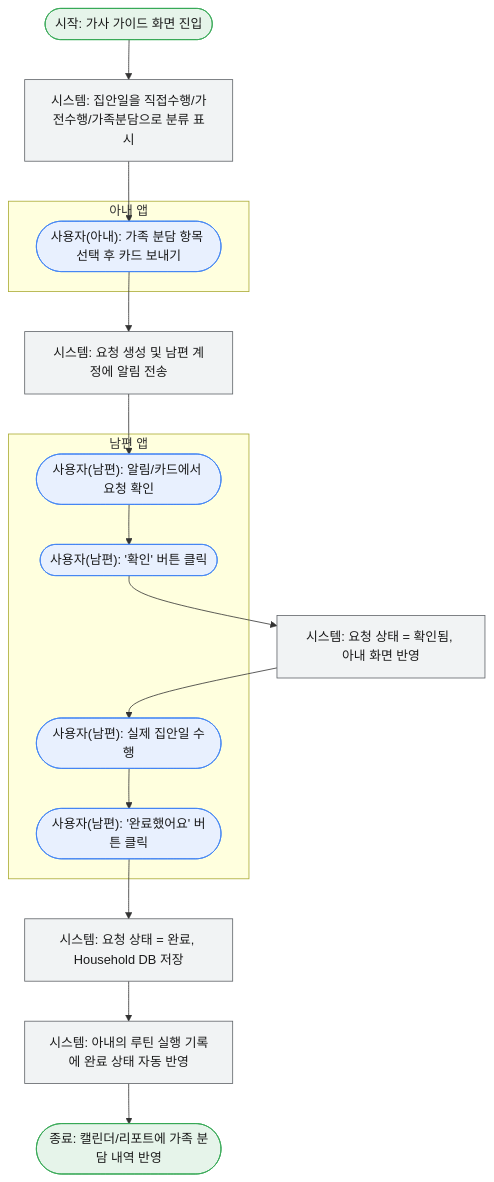
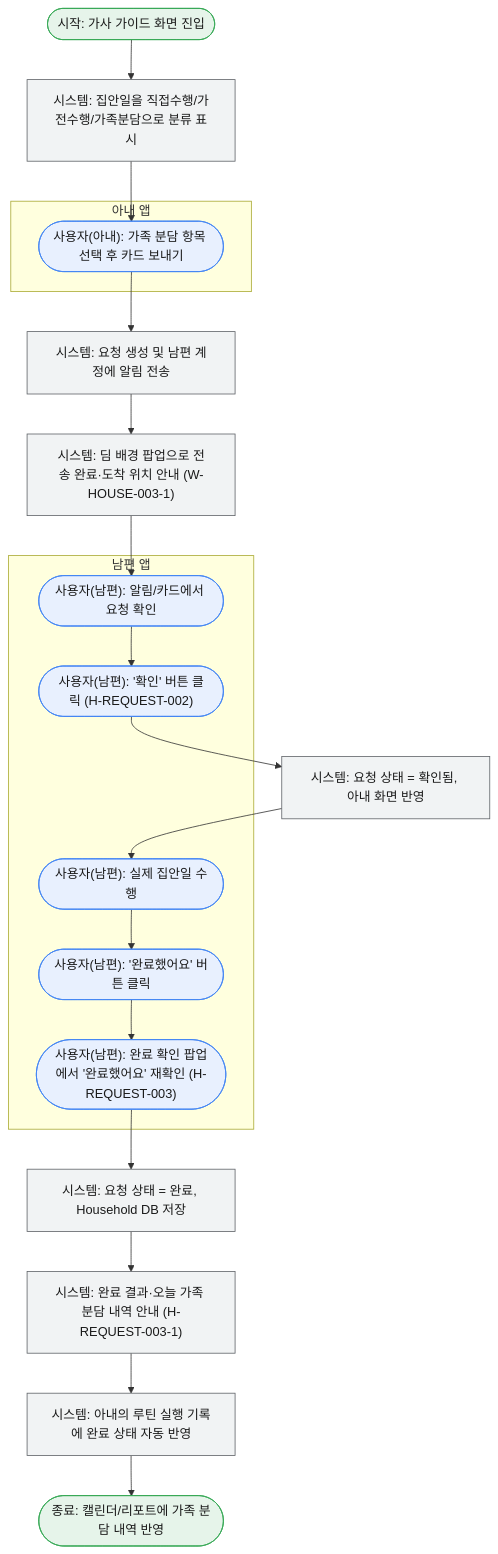
The diagram in docs/서비스흐름도/04_가사분담요청처리.mmd (lgdxDORAEMI/PLM), drawn with Mermaid before and after one commit. The commit also changed 11 other files, not shown here.

```diff
--- a/docs/서비스흐름도/04_가사분담요청처리.mmd
+++ b/docs/서비스흐름도/04_가사분담요청처리.mmd
@@ -1,29 +1,33 @@
 %% 서비스 흐름도: 가사 가이드 & 가족 분담 요청 처리
-%% 관련 기능: W-HOUSE-001, W-HOUSE-003, W-RECORD-002, H-REQUEST-001, H-REQUEST-002, H-REQUEST-003 / 관련 UC: UC3, UC5, UC9
+%% 관련 기능: W-HOUSE-001, W-HOUSE-003, W-HOUSE-003-1, W-RECORD-002, H-REQUEST-001, H-REQUEST-002, H-REQUEST-003, H-REQUEST-003-1 / 관련 UC: UC3, UC5, UC9
 flowchart TD
     classDef user fill:#E8F0FE,stroke:#4285F4,color:#1a1a1a;
     classDef system fill:#F1F3F4,stroke:#5f6368,color:#1a1a1a;
     classDef terminal fill:#E6F4EA,stroke:#34A853,color:#1a1a1a;
 
     Start(["시작: 가사 가이드 화면 진입"]):::terminal --> A["시스템: 집안일을 직접수행/가전수행/가족분담으로 분류 표시"]:::system
 
     subgraph WIFE["아내 앱"]
         B(["사용자(아내): 가족 분담 항목 선택 후 카드 보내기"]):::user
     end
 
     A --> B
     B --> C["시스템: 요청 생성 및 남편 계정에 알림 전송"]:::system
+    C --> C1["시스템: 딤 배경 팝업으로 전송 완료·도착 위치 안내 (W-HOUSE-003-1)"]:::system
 
     subgraph HUSBAND["남편 앱"]
         D(["사용자(남편): 알림/카드에서 요청 확인"]):::user
-        E(["사용자(남편): '확인' 버튼 클릭"]):::user
+        E(["사용자(남편): '확인' 버튼 클릭 (H-REQUEST-002)"]):::user
         F(["사용자(남편): 실제 집안일 수행"]):::user
         G(["사용자(남편): '완료했어요' 버튼 클릭"]):::user
+        G1(["사용자(남편): 완료 확인 팝업에서 '완료했어요' 재확인 (H-REQUEST-003)"]):::user
     end
 
-    C --> D --> E
+    C1 --> D --> E
     E --> H["시스템: 요청 상태 = 확인됨, 아내 화면 반영"]:::system
     H --> F --> G
-    G --> I["시스템: 요청 상태 = 완료, Household DB 저장"]:::system
-    I --> J["시스템: 아내의 루틴 실행 기록에 완료 상태 자동 반영"]:::system
+    G --> G1
+    G1 --> I["시스템: 요청 상태 = 완료, Household DB 저장"]:::system
+    I --> K["시스템: 완료 결과·오늘 가족 분담 내역 안내 (H-REQUEST-003-1)"]:::system
+    K --> J["시스템: 아내의 루틴 실행 기록에 완료 상태 자동 반영"]:::system
     J --> End(["종료: 캘린더/리포트에 가족 분담 내역 반영"]):::terminal
```
